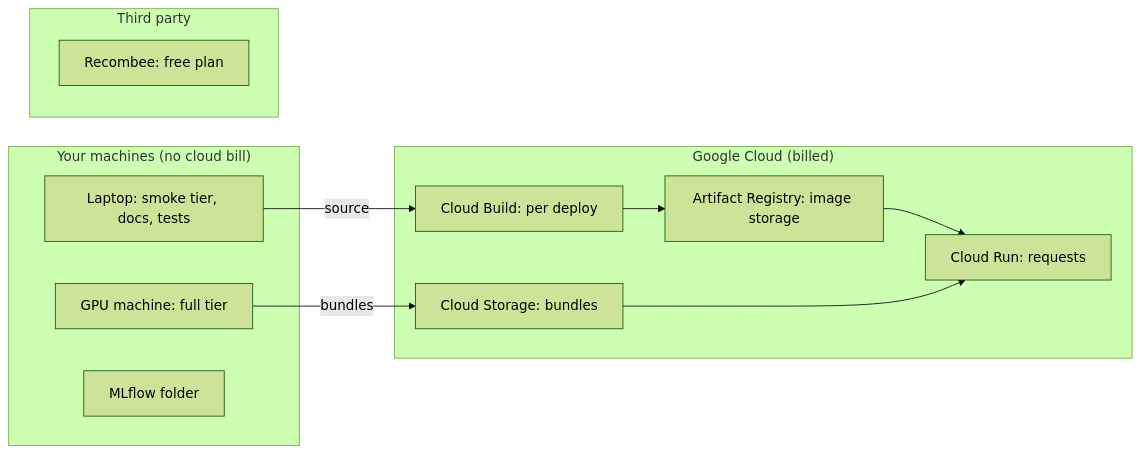
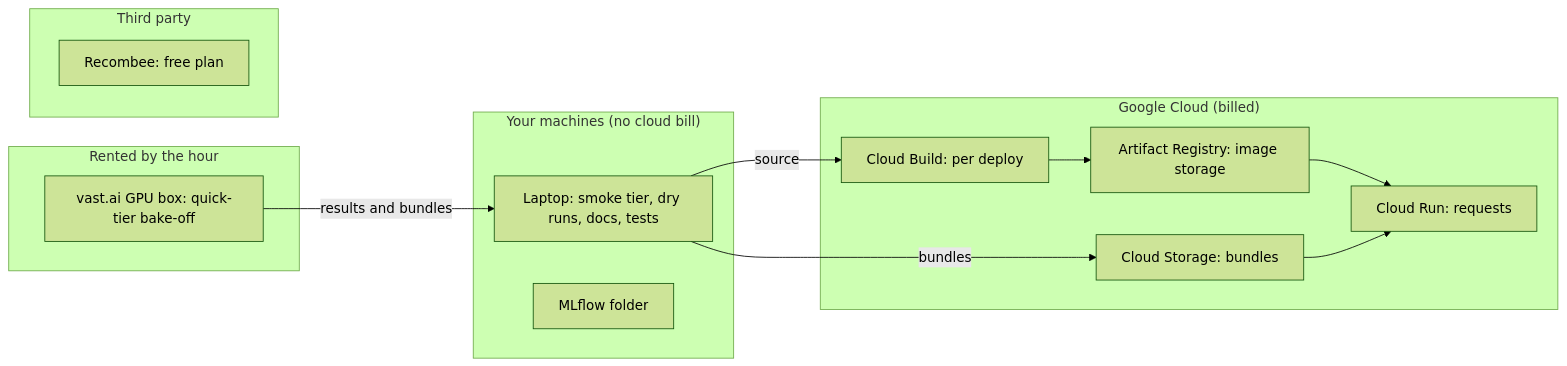
Before and after one commit to trunghieu11/recbench: the diagram in docs/cloud/cost-control.md, drawn with Mermaid (forest theme). The commit also changed other lines of this file and 65 other files, not shown here.

````diff
--- a/docs/cloud/cost-control.md
+++ b/docs/cloud/cost-control.md
@@ -8,20 +9,23 @@
 ```mermaid
 flowchart LR
     subgraph Free["Your machines (no cloud bill)"]
-        L[Laptop: smoke tier, docs, tests]
-        G[GPU machine: full tier]
+        L[Laptop: smoke tier, dry runs, docs, tests]
         M[MLflow folder]
+    end
+    subgraph Rent["Rented by the hour"]
+        G[vast.ai GPU box: quick-tier bake-off]
     end
     subgraph GCP["Google Cloud (billed)"]
         CB[Cloud Build: per deploy]
         AR[Artifact Registry: image storage]
         CS[Cloud Storage: bundles]
         CR[Cloud Run: requests]
     end
     subgraph Ext["Third party"]
         RC[Recombee: free plan]
     end
-    G -->|bundles| CS
+    G -->|results and bundles| L
+    L -->|bundles| CS
     L -->|source| CB --> AR --> CR
     CS --> CR
 ```
````
